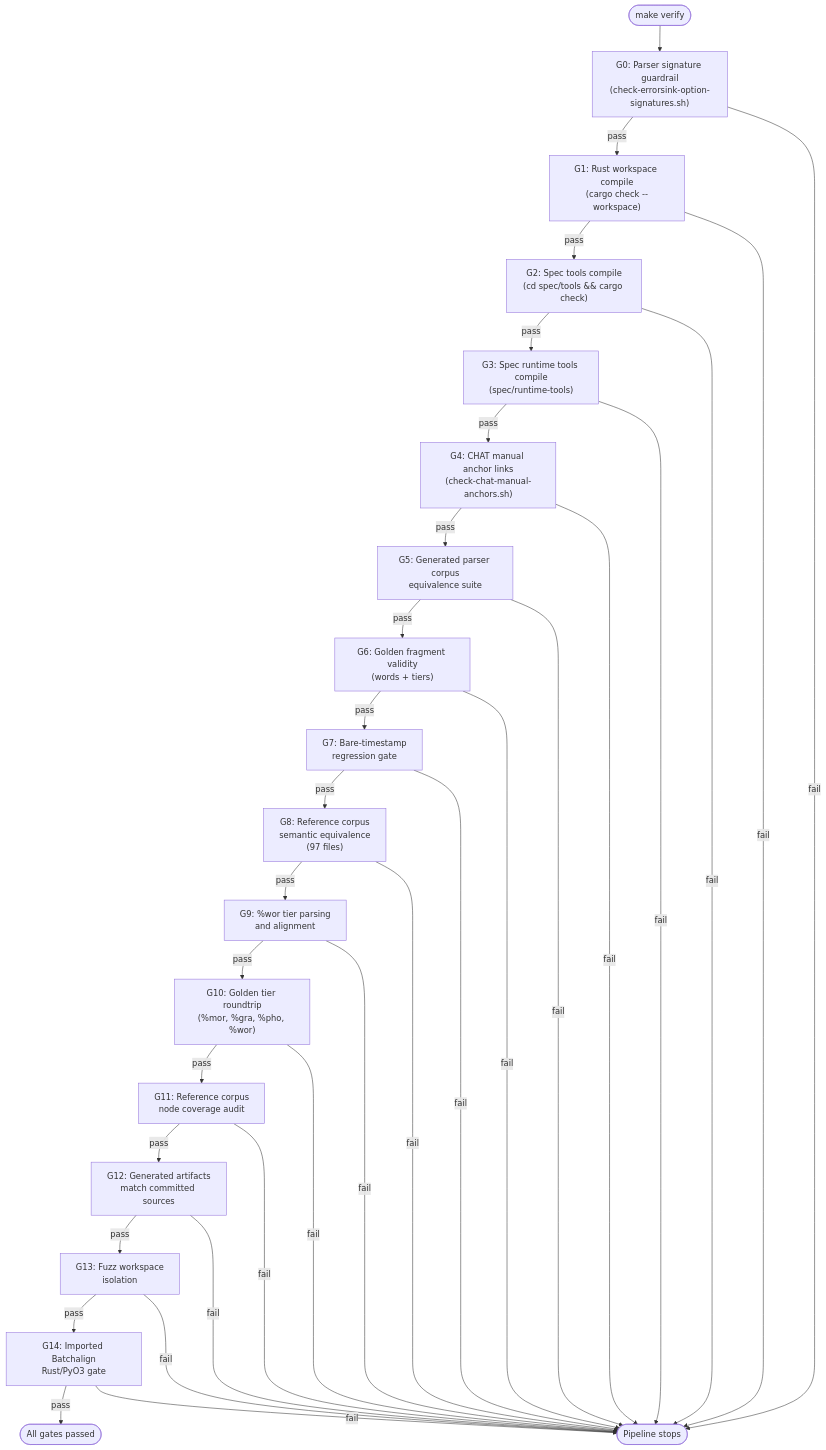
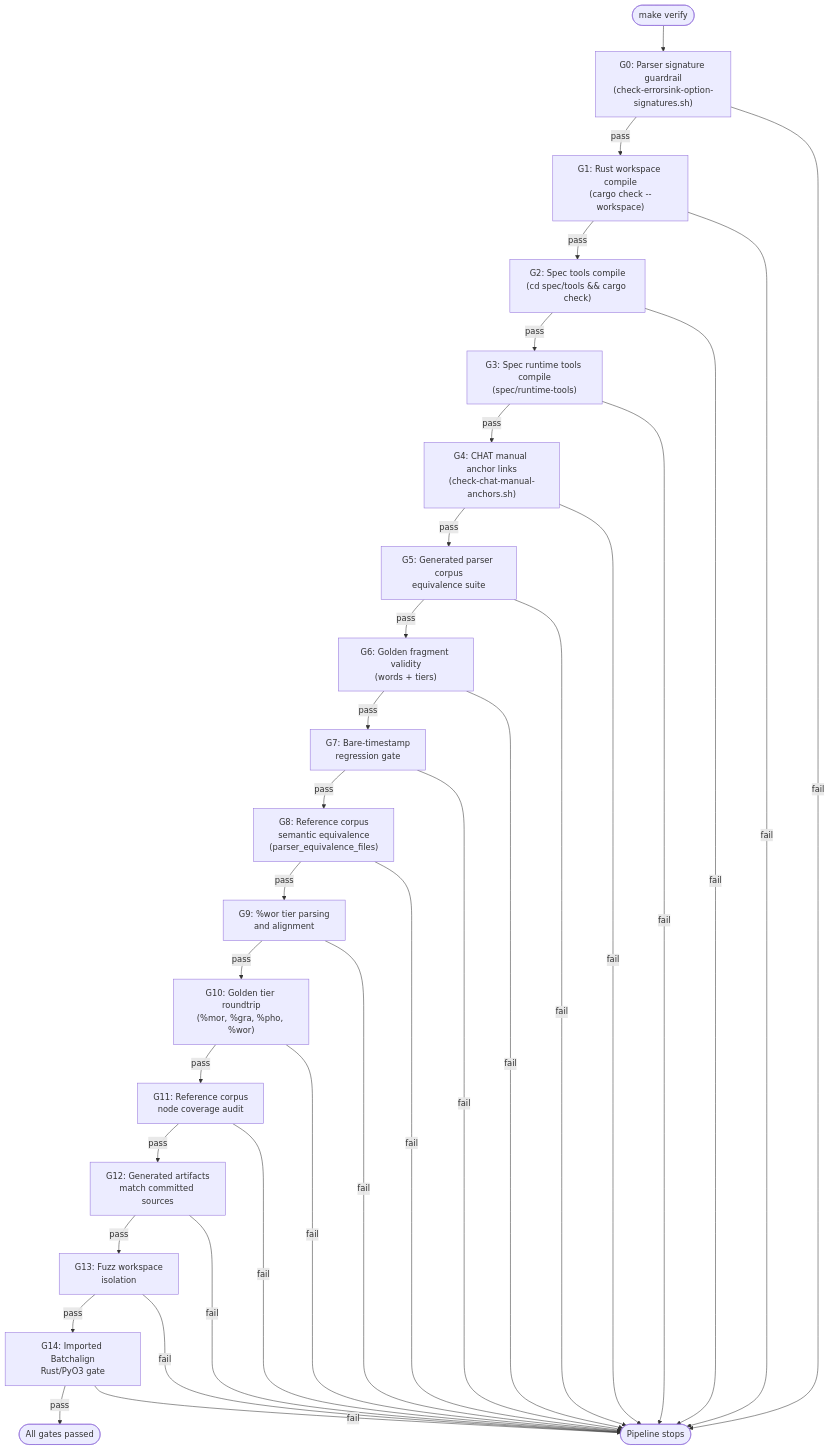
The third of 3 diagrams in book/src/contributing/testing.md (TalkBank/talkbank-tools), drawn with Mermaid before and after one commit. The commit also changed other lines of this file and 246 other files, not shown here.

````diff
--- a/book/src/contributing/testing.md
+++ b/book/src/contributing/testing.md
@@ -128,21 +139,21 @@
 ```mermaid
 flowchart TD
     start(["make verify"]) --> G0
     G0["G0: Parser signature guardrail\n(check-errorsink-option-signatures.sh)"]
     G0 -->|pass| G1["G1: Rust workspace compile\n(cargo check --workspace)"]
     G1 -->|pass| G2["G2: Spec tools compile\n(cd spec/tools && cargo check)"]
     G2 -->|pass| G3["G3: Spec runtime tools compile\n(spec/runtime-tools)"]
     G3 -->|pass| G4["G4: CHAT manual anchor links\n(check-chat-manual-anchors.sh)"]
     G4 -->|pass| G5["G5: Generated parser corpus\nequivalence suite"]
     G5 -->|pass| G6["G6: Golden fragment validity\n(words + tiers)"]
     G6 -->|pass| G7["G7: Bare-timestamp\nregression gate"]
-    G7 -->|pass| G8["G8: Reference corpus\nsemantic equivalence\n(97 files)"]
+    G7 -->|pass| G8["G8: Reference corpus\nsemantic equivalence\n(parser_equivalence_files)"]
     G8 -->|pass| G9["G9: %wor tier parsing\nand alignment"]
     G9 -->|pass| G10["G10: Golden tier roundtrip\n(%mor, %gra, %pho, %wor)"]
     G10 -->|pass| G11["G11: Reference corpus\nnode coverage audit"]
     G11 -->|pass| G12["G12: Generated artifacts\nmatch committed sources"]
     G12 -->|pass| G13["G13: Fuzz workspace\nisolation"]
     G13 -->|pass| G14["G14: Imported Batchalign\nRust/PyO3 gate"]
     G14 -->|pass| done(["All gates passed"])
     G0 & G1 & G2 & G3 & G4 & G5 & G6 & G7 & G8 & G9 & G10 & G11 & G12 & G13 & G14 -->|fail| abort(["Pipeline stops"])
 ```
````
